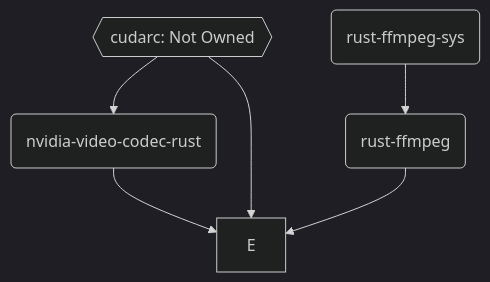
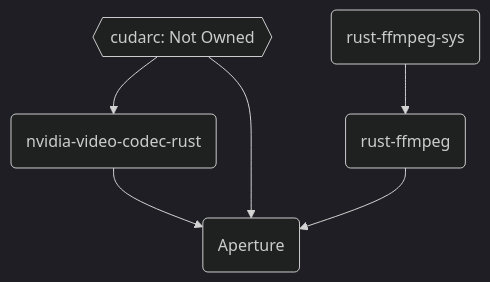
The diagram in profile/README.md (video-analytics-iitd/.github), drawn with Mermaid (dark theme) before and after one commit.

````diff
--- a/profile/README.md
+++ b/profile/README.md
@@ -2,8 +2,8 @@
 ```mermaid
 flowchart TD
     A(rust-ffmpeg-sys) --> B(rust-ffmpeg)
     D(nvidia-video-codec-rust) --> E
     F{{cudarc: Not Owned}} --> D
-    F --> E 
+    F --> E(Aperture)
     B --> E
 ```
````
